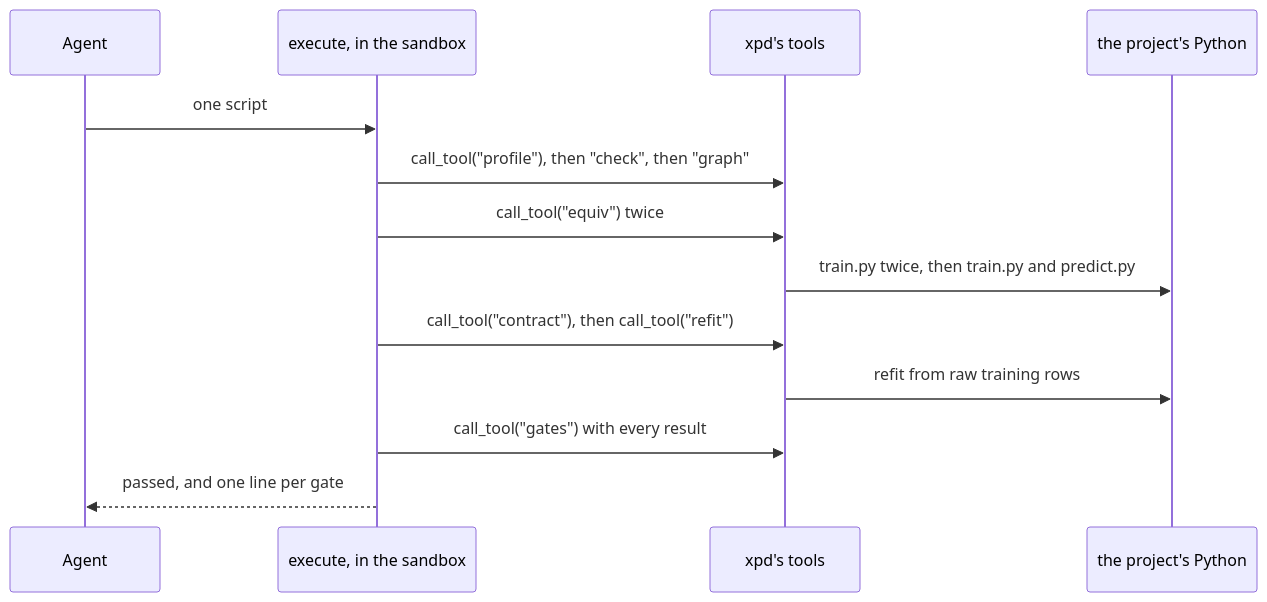
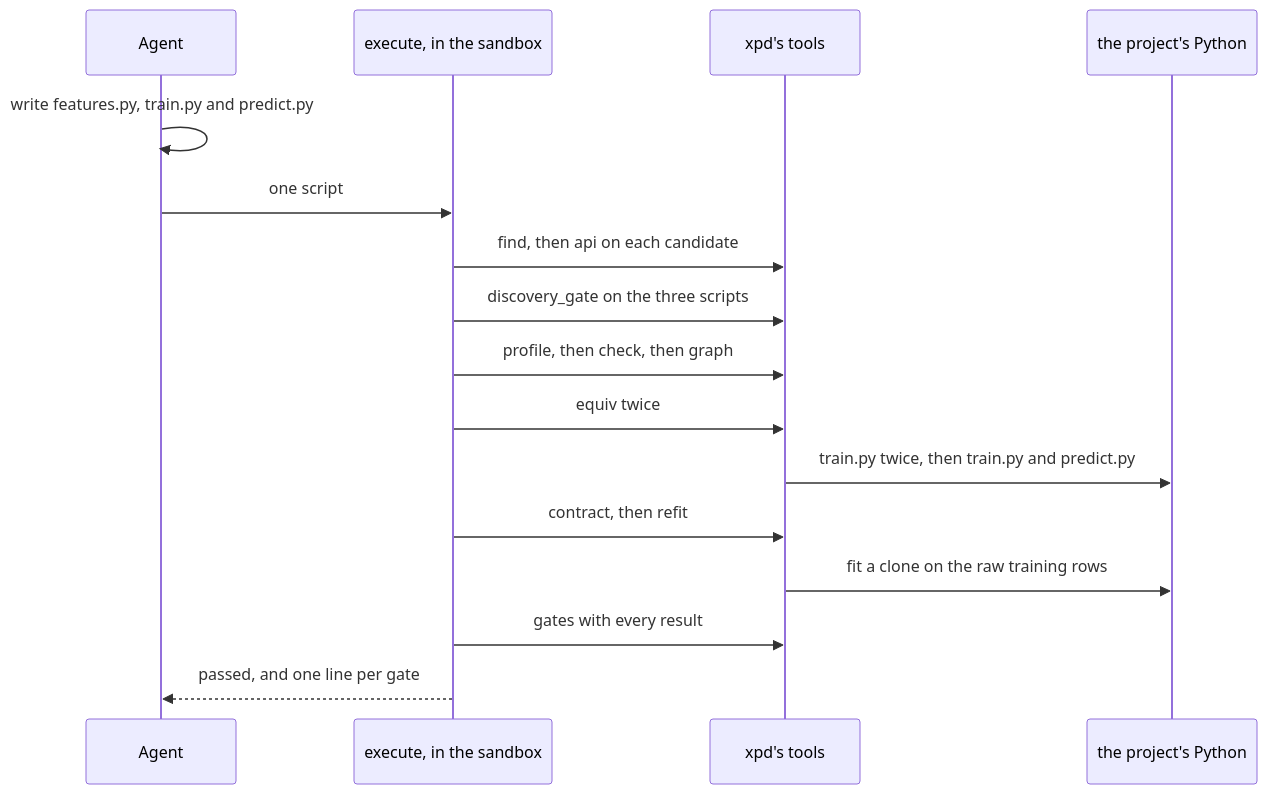
One commit to bjoernaagaard/xpd changed the diagram in docs/code-mode.md. Above: the diagram before and after it, drawn with Mermaid. The commit also changed other lines of this file, not shown here.

````diff
--- a/docs/code-mode.md
+++ b/docs/code-mode.md
@@ -17,15 +12,18 @@
 ```mermaid
 sequenceDiagram
     participant Agent
     participant Sandbox as execute, in the sandbox
     participant Server as xpd's tools
     participant Python as the project's Python
+    Agent->>Agent: write features.py, train.py and predict.py
     Agent->>Sandbox: one script
-    Sandbox->>Server: call_tool("profile"), then "check", then "graph"
-    Sandbox->>Server: call_tool("equiv") twice
+    Sandbox->>Server: find, then api on each candidate
+    Sandbox->>Server: discovery_gate on the three scripts
+    Sandbox->>Server: profile, then check, then graph
+    Sandbox->>Server: equiv twice
     Server->>Python: train.py twice, then train.py and predict.py
-    Sandbox->>Server: call_tool("contract"), then call_tool("refit")
-    Server->>Python: refit from raw training rows
-    Sandbox->>Server: call_tool("gates") with every result
+    Sandbox->>Server: contract, then refit
+    Server->>Python: fit a clone on the raw training rows
+    Sandbox->>Server: gates with every result
     Sandbox-->>Agent: passed, and one line per gate
 ```
````
